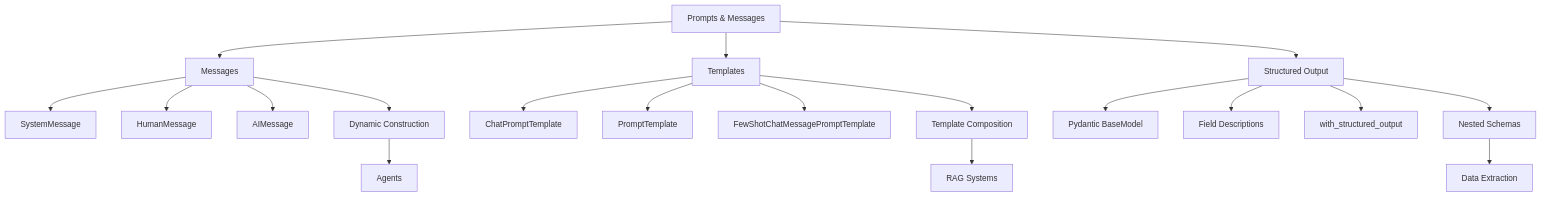
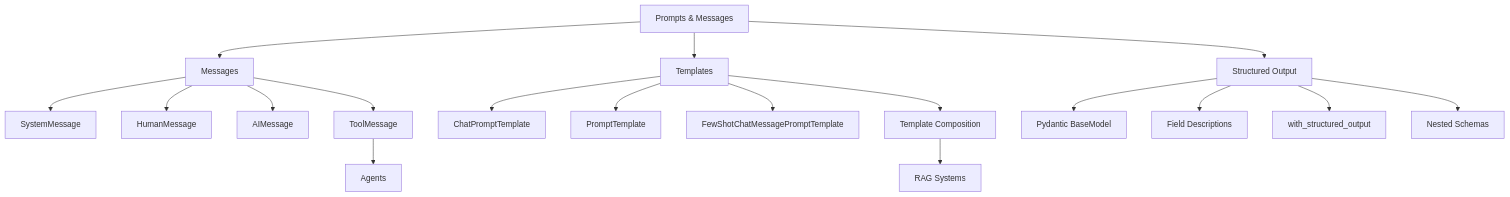
One commit to pasrichashivam/langchain-learning changed the third of 3 diagrams in README.md. Above: the diagram before and after it, drawn with Mermaid. The commit also changed other lines of this file and 2 other files, not shown here.

Commit message:
updated readme files

````diff
--- a/README.md
+++ b/README.md
@@ -64,25 +64,24 @@
 ```mermaid
 graph TD
     A[Prompts & Messages] --> B[Messages]
     A --> C[Templates]
     A --> D[Structured Output]
     
     B --> B1[SystemMessage]
     B --> B2[HumanMessage]
     B --> B3[AIMessage]
-    B --> B4[Dynamic Construction]
+    B --> B4[ToolMessage]
     
     C --> C1[ChatPromptTemplate]
     C --> C2[PromptTemplate]
     C --> C3[FewShotChatMessagePromptTemplate]
     C --> C4[Template Composition]
     
     D --> D1[Pydantic BaseModel]
     D --> D2[Field Descriptions]
     D --> D3[with_structured_output]
     D --> D4[Nested Schemas]
     
     B4 --> E[Agents]
     C4 --> F[RAG Systems]
-    D4 --> G[Data Extraction]
 ```
````
